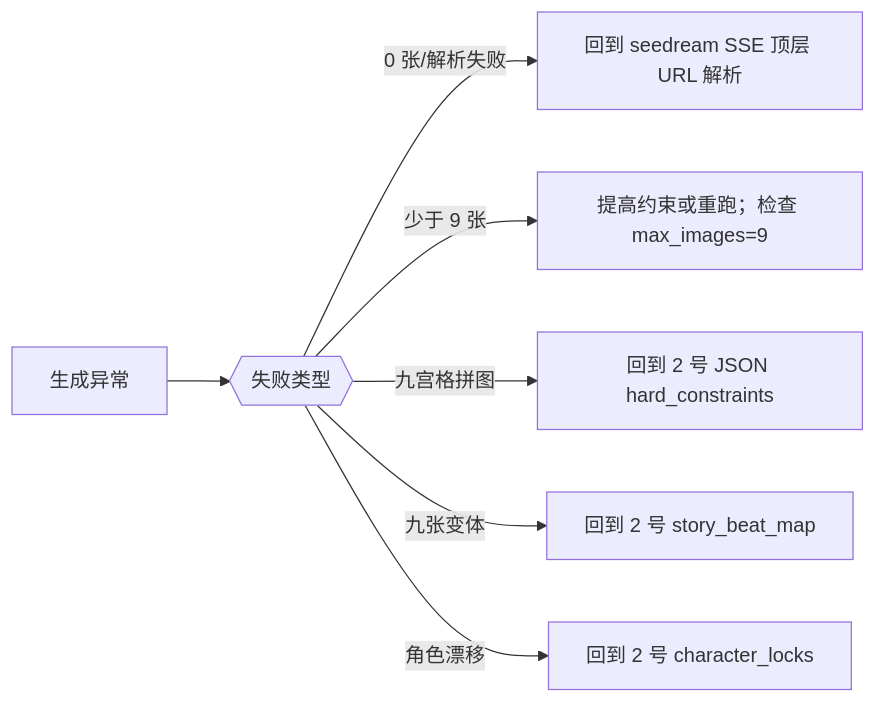
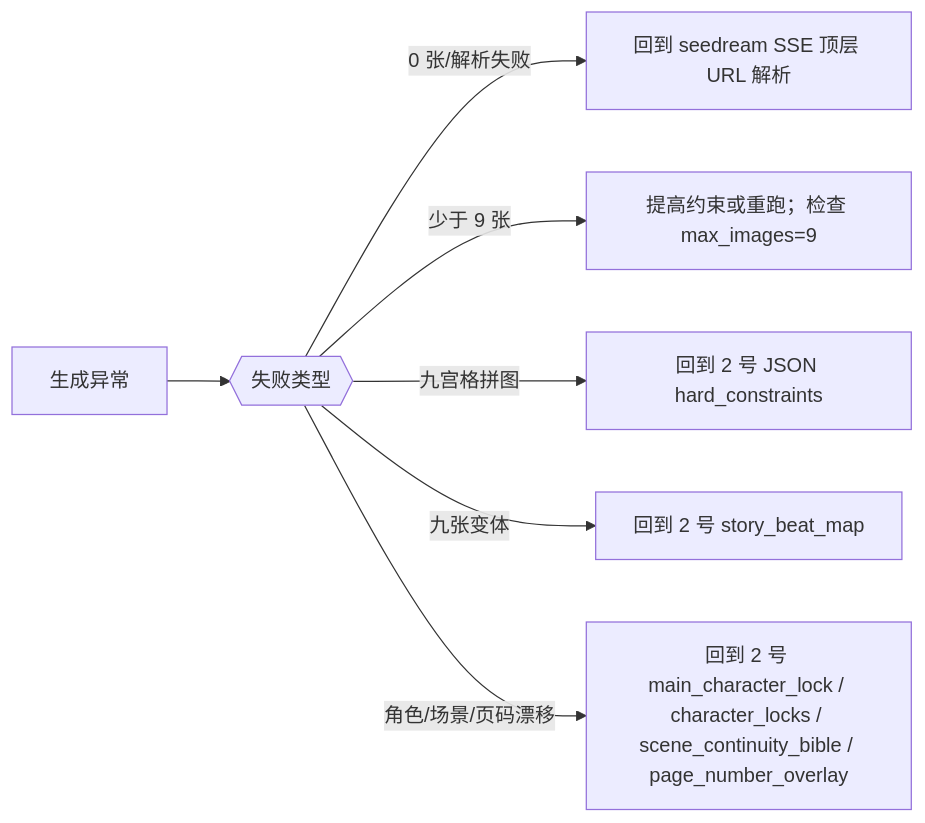
One commit to ZEN-VOID/AI-CUT changed the second of 3 diagrams in .agents/skills/comic/3-漫画生成/SKILL.md. Above: the diagram before and after it, drawn with Mermaid. The commit also changed other lines of this file and 165 other files, not shown here.

````diff
--- a/.agents/skills/comic/3-漫画生成/SKILL.md
+++ b/.agents/skills/comic/3-漫画生成/SKILL.md
@@ -80,9 +83,9 @@
 ```mermaid
 flowchart LR
     A["生成异常"] --> B{{"失败类型"}}
     B -->|"0 张/解析失败"| C["回到 seedream SSE 顶层 URL 解析"]
     B -->|"少于 9 张"| D["提高约束或重跑；检查 max_images=9"]
     B -->|"九宫格拼图"| E["回到 2 号 JSON hard_constraints"]
     B -->|"九张变体"| F["回到 2 号 story_beat_map"]
-    B -->|"角色漂移"| G["回到 2 号 character_locks"]
+    B -->|"角色/场景/页码漂移"| G["回到 2 号 main_character_lock / character_locks / scene_continuity_bible / page_number_overlay"]
 ```
````
